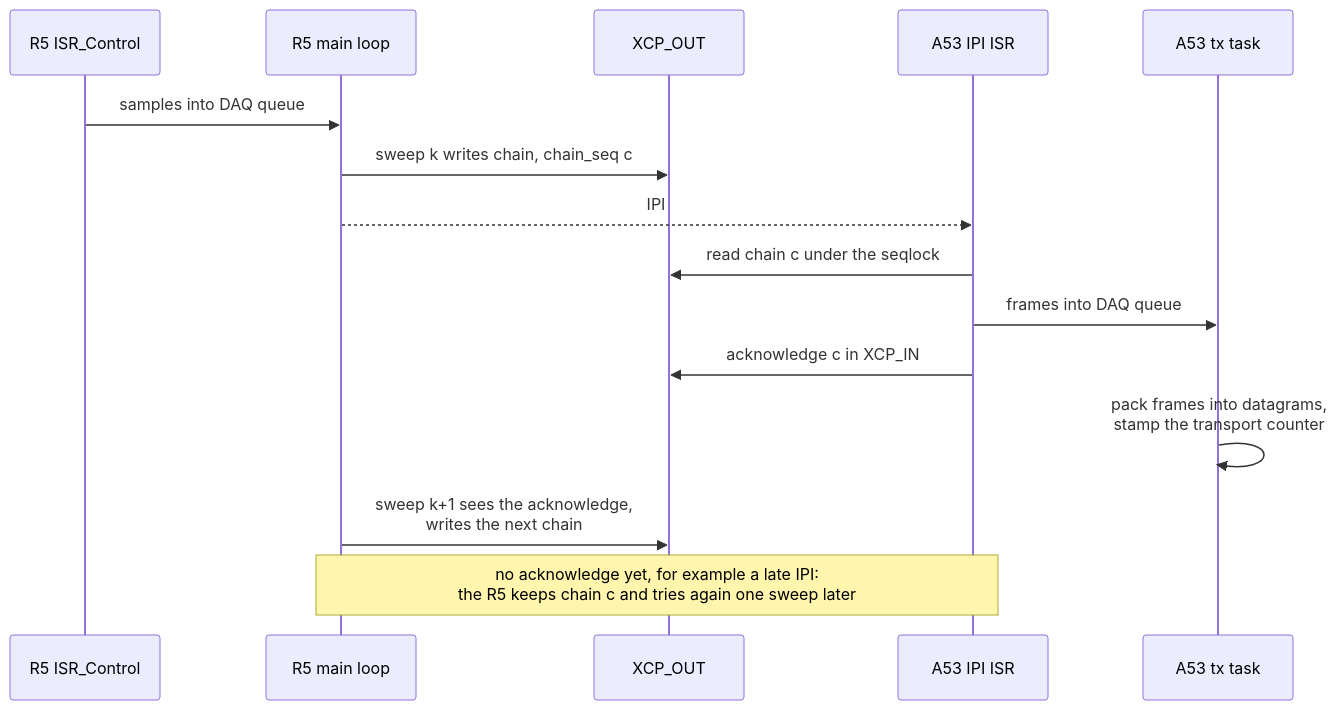
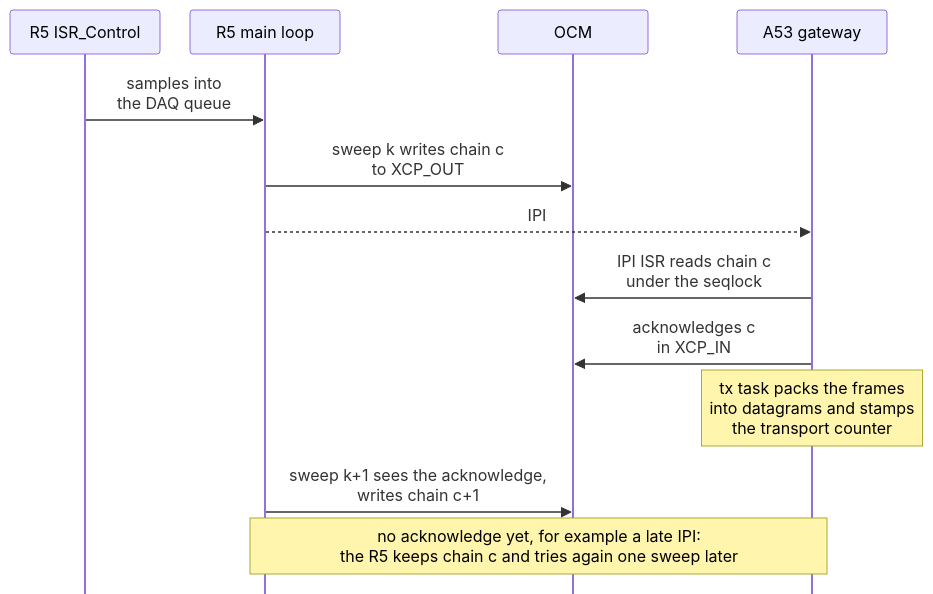
Before and after one commit to ultrazohm/ultrazohm_sw: the fifth of 5 diagrams in docs/source/guide/XCP/XCP_architecture.rst, drawn with Mermaid. The commit also changed other lines of this file and 3 other files, not shown here.

First line of the commit message:
docs: XCP pages corrected against the code, diagrams made legible

```diff
--- a/docs/source/guide/XCP/XCP_architecture.rst
+++ b/docs/source/guide/XCP/XCP_architecture.rst
@@ -194,19 +214,18 @@
 .. mermaid::
     :align: center
     :caption: Path of measurement data with the consumption handshake
 
+    %%{init: {"sequence": {"mirrorActors": false, "messageMargin": 28, "actorMargin": 30, "noteMargin": 8, "boxMargin": 6, "height": 44}}}%%
     sequenceDiagram
       participant I as R5 ISR_Control
       participant R as R5 main loop
-      participant O as XCP_OUT
-      participant A as A53 IPI ISR
-      participant T as A53 tx task
-      I->>R: samples into DAQ queue
-      R->>O: sweep k writes chain, chain_seq c
+      participant O as OCM
+      participant A as A53 gateway
+      I->>R: samples into<br>the DAQ queue
+      R->>O: sweep k writes chain c<br>to XCP_OUT
       R-->>A: IPI
-      A->>O: read chain c under the seqlock
-      A->>T: frames into DAQ queue
-      A->>O: acknowledge c in XCP_IN
-      T->>T: pack frames into datagrams,<br>stamp the transport counter
-      R->>O: sweep k+1 sees the acknowledge,<br>writes the next chain
+      A->>O: IPI ISR reads chain c<br>under the seqlock
+      A->>O: acknowledges c<br>in XCP_IN
+      Note over A: tx task packs the frames<br>into datagrams and stamps<br>the transport counter
+      R->>O: sweep k+1 sees the acknowledge,<br>writes chain c+1
       Note over R,A: no acknowledge yet, for example a late IPI:<br>the R5 keeps chain c and tries again one sweep later
```
